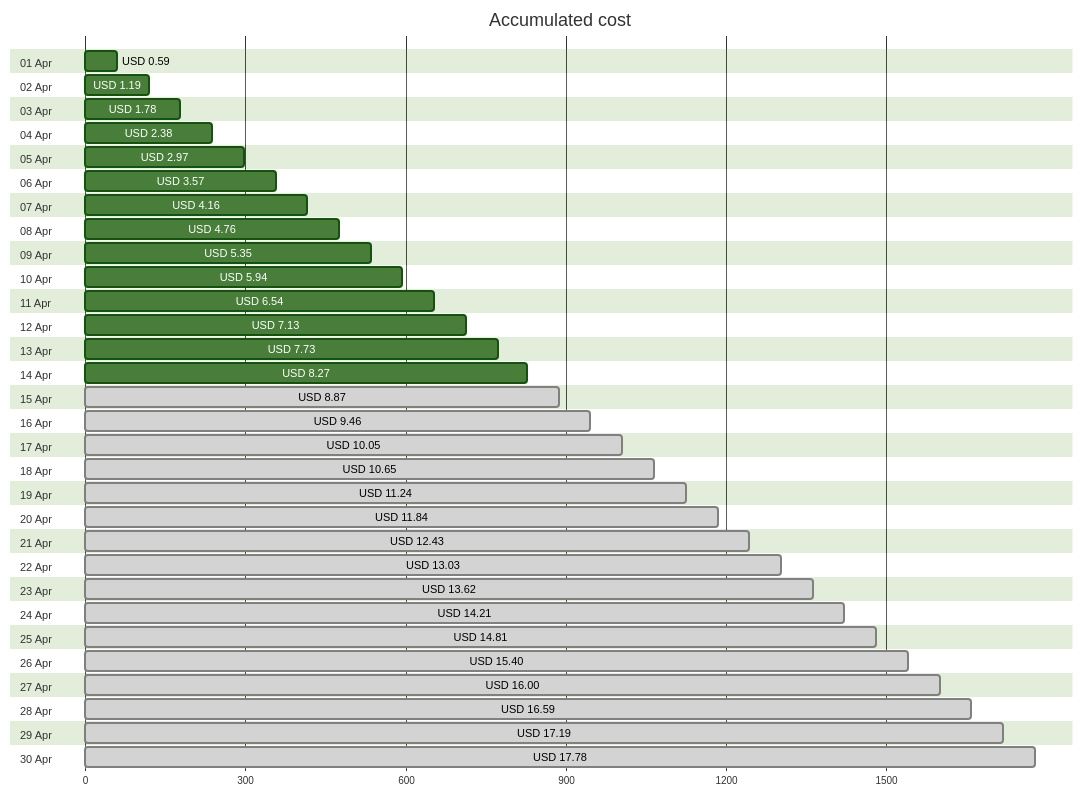
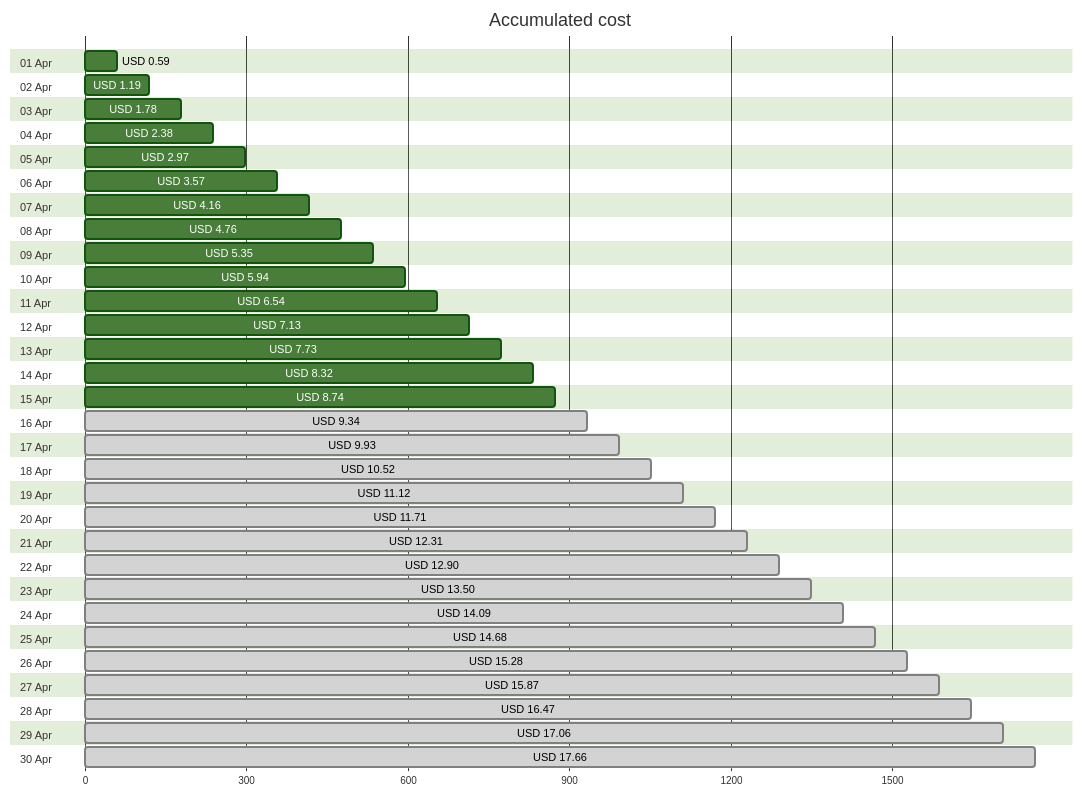
Before and after one commit to jpfulton/azure-personal-reports: the first of 4 diagrams in cost-reports/personal-site/README.md, drawn with Mermaid (forest theme). The commit also changed other lines of this file and 6 other files, not shown here.

````diff
--- a/cost-reports/personal-site/README.md
+++ b/cost-reports/personal-site/README.md
@@ -20,66 +20,66 @@
 ```mermaid
 gantt
    title Accumulated cost
    dateFormat  X
    axisFormat %s
    section 01 Apr
    USD 0.59 :0, 59
    section 02 Apr
    USD 1.19 :0, 119
    section 03 Apr
    USD 1.78 :0, 178
    section 04 Apr
    USD 2.38 :0, 238
    section 05 Apr
    USD 2.97 :0, 297
    section 06 Apr
    USD 3.57 :0, 357
    section 07 Apr
    USD 4.16 :0, 416
    section 08 Apr
    USD 4.76 :0, 476
    section 09 Apr
    USD 5.35 :0, 535
    section 10 Apr
    USD 5.94 :0, 594
    section 11 Apr
    USD 6.54 :0, 654
    section 12 Apr
    USD 7.13 :0, 713
    section 13 Apr
    USD 7.73 :0, 773
    section 14 Apr
-   USD 8.27 :0, 827
+   USD 8.32 :0, 832
    section 15 Apr
-   USD 8.87 : done, 0, 887
+   USD 8.74 :0, 874
    section 16 Apr
-   USD 9.46 : done, 0, 946
+   USD 9.34 : done, 0, 934
    section 17 Apr
-   USD 10.05 : done, 0, 1005
+   USD 9.93 : done, 0, 993
    section 18 Apr
-   USD 10.65 : done, 0, 1065
+   USD 10.52 : done, 0, 1052
    section 19 Apr
-   USD 11.24 : done, 0, 1124
+   USD 11.12 : done, 0, 1112
    section 20 Apr
-   USD 11.84 : done, 0, 1184
+   USD 11.71 : done, 0, 1171
    section 21 Apr
-   USD 12.43 : done, 0, 1243
+   USD 12.31 : done, 0, 1231
    section 22 Apr
-   USD 13.03 : done, 0, 1303
+   USD 12.90 : done, 0, 1290
    section 23 Apr
-   USD 13.62 : done, 0, 1362
+   USD 13.50 : done, 0, 1350
    section 24 Apr
-   USD 14.21 : done, 0, 1421
+   USD 14.09 : done, 0, 1409
    section 25 Apr
-   USD 14.81 : done, 0, 1481
+   USD 14.68 : done, 0, 1468
    section 26 Apr
-   USD 15.40 : done, 0, 1540
+   USD 15.28 : done, 0, 1528
    section 27 Apr
-   USD 16.00 : done, 0, 1600
+   USD 15.87 : done, 0, 1587
    section 28 Apr
-   USD 16.59 : done, 0, 1659
+   USD 16.47 : done, 0, 1647
    section 29 Apr
-   USD 17.19 : done, 0, 1719
+   USD 17.06 : done, 0, 1706
    section 30 Apr
-   USD 17.78 : done, 0, 1778
+   USD 17.66 : done, 0, 1766
 ```
````
